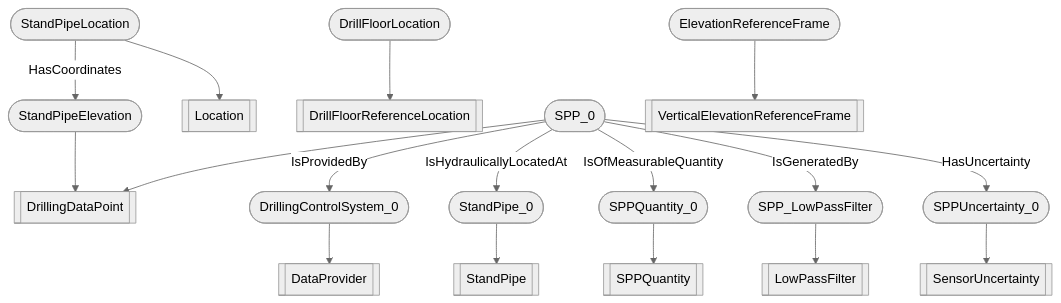
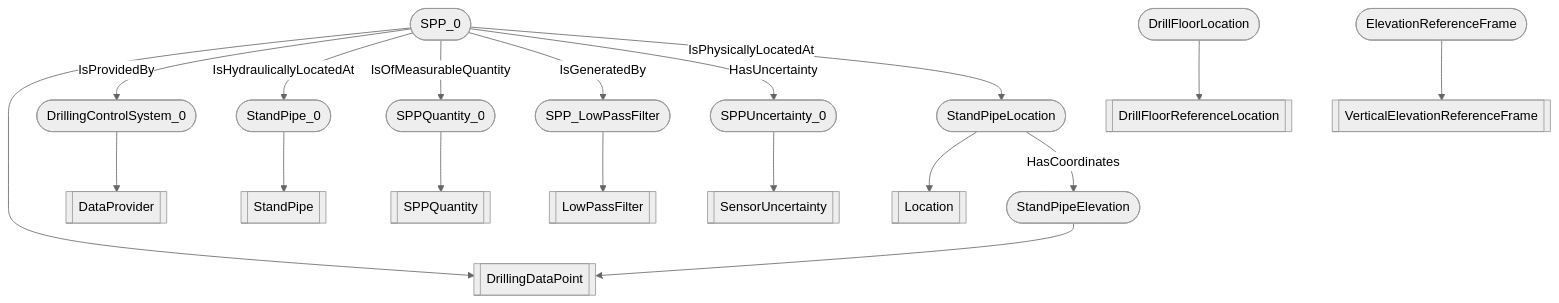
Before and after one commit to D-WIS/DDHub-Semantic-Interoperability: the diagram in docs/vocabulary_development/auto-generated/md/examples/DWIS-SPP.md, drawn with Mermaid (neutral theme). The commit also changed other lines of this file and 1 other file, not shown here.

Commit message:
Fixed a misspelling

````diff
--- a/docs/vocabulary_development/auto-generated/md/examples/DWIS-SPP.md
+++ b/docs/vocabulary_development/auto-generated/md/examples/DWIS-SPP.md
@@ -18,19 +19,20 @@
 ```mermaid
 flowchart TD
 	SPP_0([SPP_0]) --> DrillingDataPoint[[DrillingDataPoint]]
 	StandPipe_0([StandPipe_0]) --> StandPipe[[StandPipe]]
 	SPPQuantity_0([SPPQuantity_0]) --> SPPQuantity[[SPPQuantity]]
 	SPPUncertainty_0([SPPUncertainty_0]) --> SensorUncertainty[[SensorUncertainty]]
 	SPP_LowPassFilter([SPP_LowPassFilter]) --> LowPassFilter[[LowPassFilter]]
 	DrillingControlSystem_0([DrillingControlSystem_0]) --> DataProvider[[DataProvider]]
 	StandPipeLocation([StandPipeLocation]) --> Location[[Location]]
 	DrillFloorLocation([DrillFloorLocation]) --> DrillFloorReferenceLocation[[DrillFloorReferenceLocation]]
 	StandPipeElevation([StandPipeElevation]) --> DrillingDataPoint[[DrillingDataPoint]]
 	ElevationReferenceFrame([ElevationReferenceFrame]) --> VerticalElevationReferenceFrame[[VerticalElevationReferenceFrame]]
 	 SPP_0 -- IsProvidedBy --> DrillingControlSystem_0 
 	 SPP_0 -- IsHydraulicallyLocatedAt --> StandPipe_0 
 	 SPP_0 -- IsOfMeasurableQuantity --> SPPQuantity_0 
 	 SPP_0 -- IsGeneratedBy --> SPP_LowPassFilter 
 	 SPP_0 -- HasUncertainty --> SPPUncertainty_0 
+	 SPP_0 -- IsPhysicallyLocatedAt --> StandPipeLocation 
 	 StandPipeLocation -- HasCoordinates --> StandPipeElevation 
 ```
````
